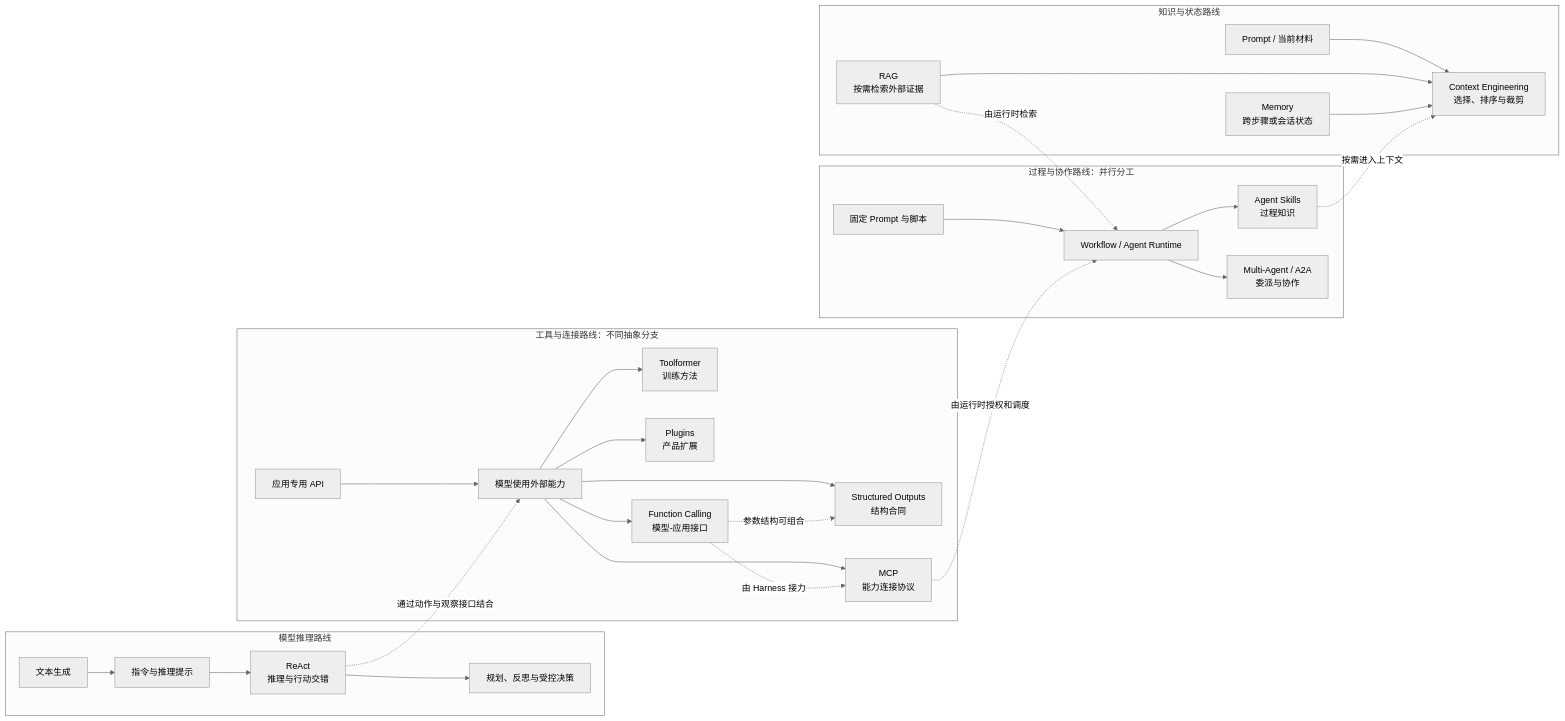
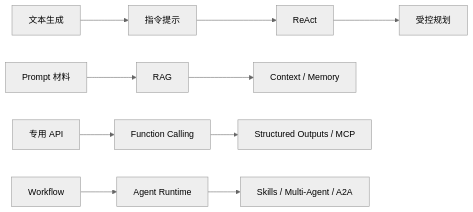
The third of 8 diagrams in docs/01-agent-evolution.md (FoLaJJ/agent-systems-notes), drawn with Mermaid (neutral theme) before and after one commit. The commit also changed other lines of this file and 11 other files, not shown here.

Commit message:
Improve Mermaid diagram readability

````diff
--- a/docs/01-agent-evolution.md
+++ b/docs/01-agent-evolution.md
@@ -50,30 +65,7 @@
 ```mermaid
 flowchart LR
-    subgraph R1["模型推理路线"]
-      L1["文本生成"] --> L2["指令与推理提示"] --> L3["ReAct<br/>推理与行动交错"] --> L4["规划、反思与受控决策"]
-    end
-    subgraph R2["知识与状态路线"]
-      K1["Prompt / 当前材料"] --> K3["Context Engineering<br/>选择、排序与裁剪"]
-      K2["RAG<br/>按需检索外部证据"] --> K3
-      K4["Memory<br/>跨步骤或会话状态"] --> K3
-    end
-    subgraph R3["工具与连接路线：不同抽象分支"]
-      T1["应用专用 API"] --> T2["模型使用外部能力"]
-      T2 --> T3["Toolformer<br/>训练方法"]
-      T2 --> T4["Plugins<br/>产品扩展"]
-      T2 --> T5["Function Calling<br/>模型-应用接口"]
-      T2 --> T6["Structured Outputs<br/>结构合同"]
-      T2 --> T7["MCP<br/>能力连接协议"]
-      T5 -. "参数结构可组合" .-> T6
-      T5 -. "由 Harness 接力" .-> T7
-    end
-    subgraph R4["过程与协作路线：并行分工"]
-      P1["固定 Prompt 与脚本"] --> P2["Workflow / Agent Runtime"]
-      P2 --> P3["Agent Skills<br/>过程知识"]
-      P2 --> P4["Multi-Agent / A2A<br/>委派与协作"]
-    end
-    L3 -. "通过动作与观察接口结合" .-> T2
-    K2 -. "由运行时检索" .-> P2
-    T7 -. "由运行时授权和调度" .-> P2
-    P3 -. "按需进入上下文" .-> K3
+    L1["文本生成"] --> L2["指令提示"] --> L3["ReAct"] --> L4["受控规划"]
+    K1["Prompt 材料"] --> K2["RAG"] --> K3["Context / Memory"]
+    T1["专用 API"] --> T2["Function Calling"] --> T3["Structured Outputs / MCP"]
+    P1["Workflow"] --> P2["Agent Runtime"] --> P3["Skills / Multi-Agent / A2A"]
 ```
````
